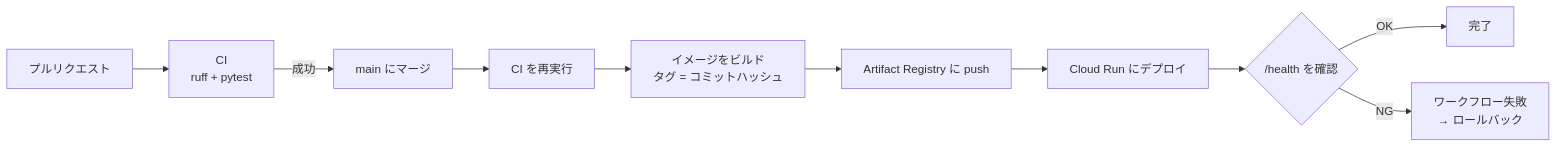
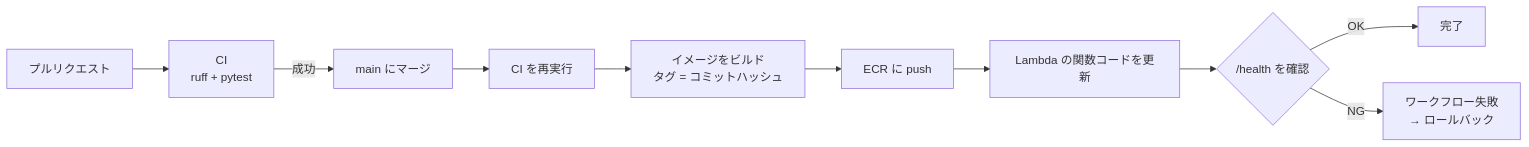
One commit to NaotoInazawa/become-a-engineer changed the first of 2 diagrams in phases/phase-12-cd/README.md. Above: the diagram before and after it, drawn with Mermaid. The commit also changed other lines of this file and 85 other files, not shown here.

````diff
--- a/phases/phase-12-cd/README.md
+++ b/phases/phase-12-cd/README.md
@@ -22,12 +26,12 @@
 ```mermaid
 flowchart LR
     PR[プルリクエスト] --> CI[CI<br>ruff + pytest]
     CI -- 成功 --> M[main にマージ]
     M --> T[CI を再実行]
     T --> B[イメージをビルド<br>タグ = コミットハッシュ]
-    B --> P[Artifact Registry に push]
-    P --> D[Cloud Run にデプロイ]
+    B --> P[ECR に push]
+    P --> D[Lambda の関数コードを更新]
     D --> H{/health を確認}
     H -- OK --> OK[完了]
     H -- NG --> NG[ワークフロー失敗<br>→ ロールバック]
 ```
````
